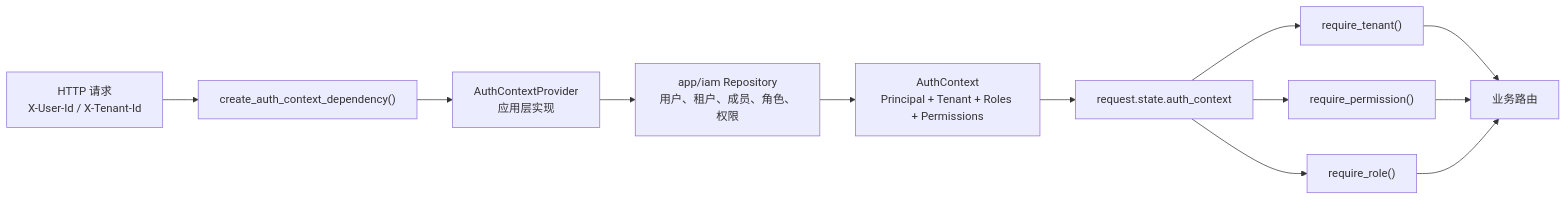
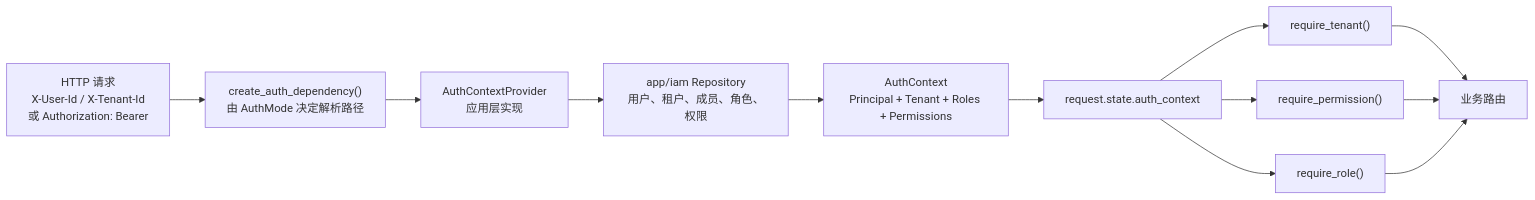
Before and after one commit to PZh101/PythonBase: the fourth of 9 diagrams in docs/ARCHITECTURE.md, drawn with Mermaid. The commit also changed other lines of this file and 5 other files, not shown here.

Commit message:
docs: 补全 /iam/auth、JWT/密码登录与配置模型文档

````diff
--- a/docs/ARCHITECTURE.md
+++ b/docs/ARCHITECTURE.md
@@ -260,25 +260,25 @@
 ```mermaid
 flowchart LR
-    Request["HTTP 请求<br/>X-User-Id / X-Tenant-Id"]
-    AuthDep["create_auth_context_dependency()"]
+    Request["HTTP 请求<br/>X-User-Id / X-Tenant-Id<br/>或 Authorization: Bearer <jwt>"]
+    AuthDep["create_auth_dependency()<br/>由 AuthMode 决定解析路径"]
     Provider["AuthContextProvider<br/>应用层实现"]
     IAMRepo["app/iam Repository<br/>用户、租户、成员、角色、权限"]
     AuthContext["AuthContext<br/>Principal + Tenant + Roles + Permissions"]
     State["request.state.auth_context"]
     TenantCheck["require_tenant()"]
     PermissionCheck["require_permission()"]
     RoleCheck["require_role()"]
     Route["业务路由"]
 
     Request --> AuthDep
     AuthDep --> Provider
     Provider --> IAMRepo
     IAMRepo --> AuthContext
     AuthContext --> State
     State --> TenantCheck
     State --> PermissionCheck
     State --> RoleCheck
     TenantCheck --> Route
     PermissionCheck --> Route
     RoleCheck --> Route
 ```
````
